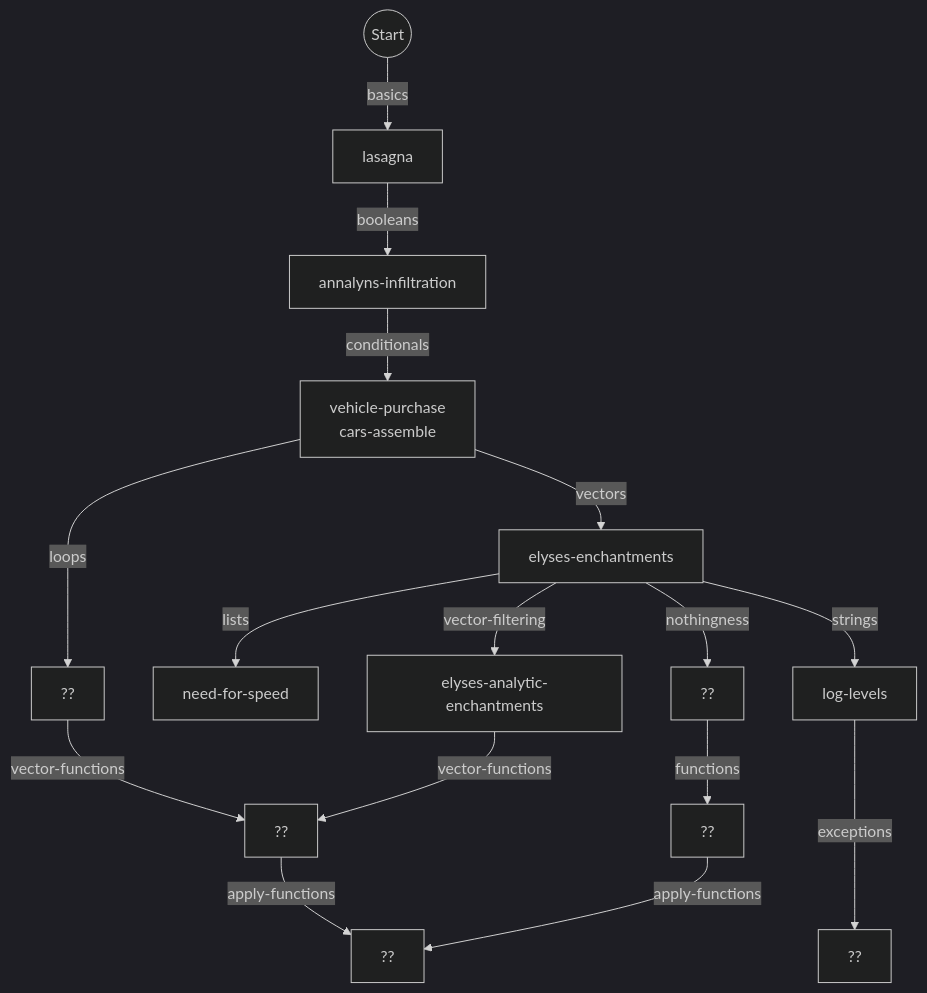
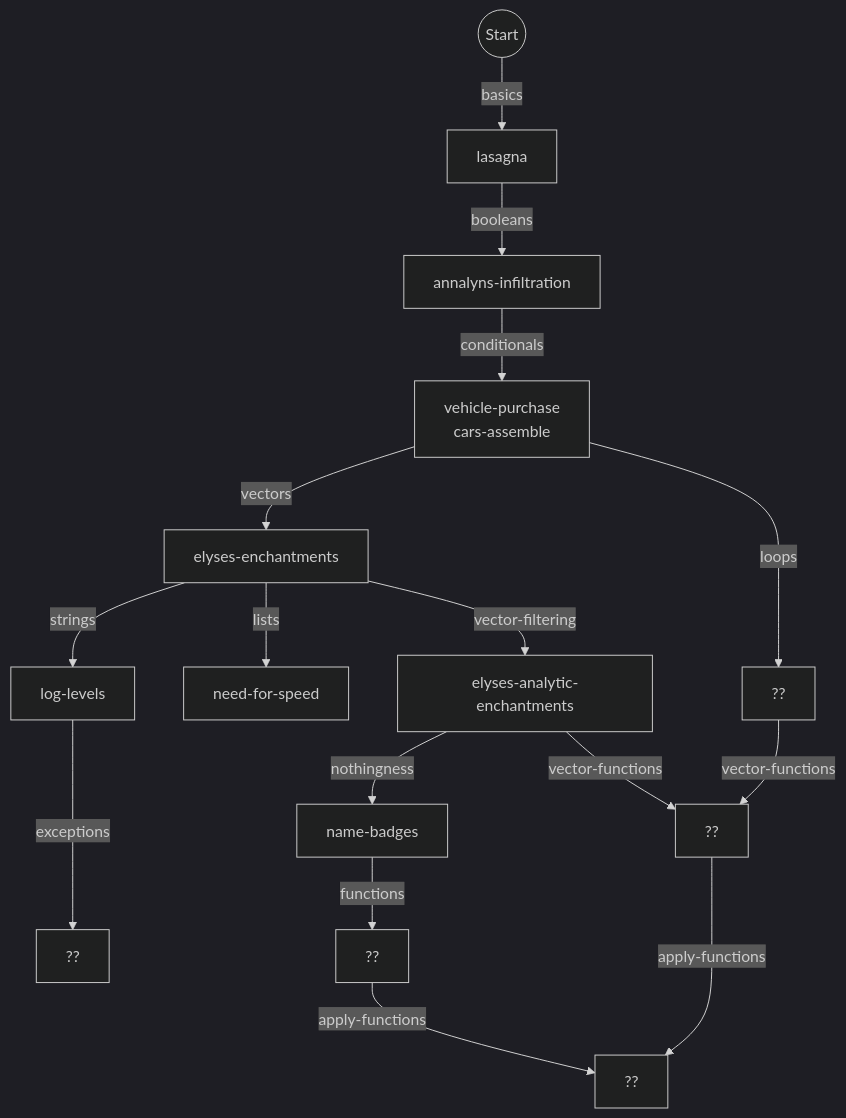
One commit to colinleach/r_concepts changed the first of 2 diagrams in flowchart.md. Above: the diagram before and after it, drawn with Mermaid (dark theme). The commit also changed 4 other files, not shown here.

````diff
--- a/flowchart.md
+++ b/flowchart.md
@@ -5,19 +5,19 @@
 ```mermaid
 graph TD
     
 start(("Start")) --basics--> basics["lasagna"]
 basics --booleans--> booleans["annalyns-infiltration"]
 booleans --conditionals--> conditionals["vehicle-purchase<br/>cars-assemble"]
 conditionals --vectors--> vectors["elyses-enchantments"]
 conditionals --loops--> loops["??"]
 vectors --lists--> lists["need-for-speed"]
 vectors --vector-filtering--> vector-filtering["elyses-analytic-enchantments"]
-vectors --nothingness--> nothingness["??"]
+vector-filtering --nothingness--> nothingness["name-badges"]
 vectors --strings--> strings["log-levels"]
 strings --exceptions---> exceptions["??"]
 vector-filtering --vector-functions--> vector-functions["??"]
 loops --vector-functions--> vector-functions["??"]
 nothingness --functions--> functions["??"]
 functions --apply-functions--> apply-functions["??"]
 vector-functions --apply-functions--> apply-functions["??"]
 ```
````
